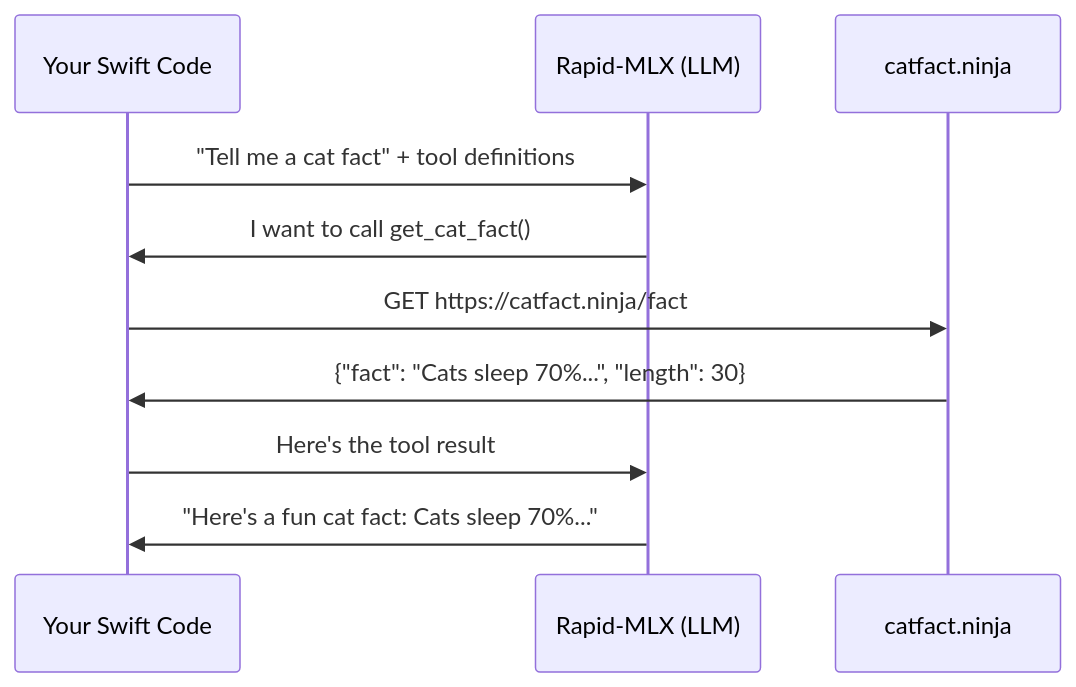
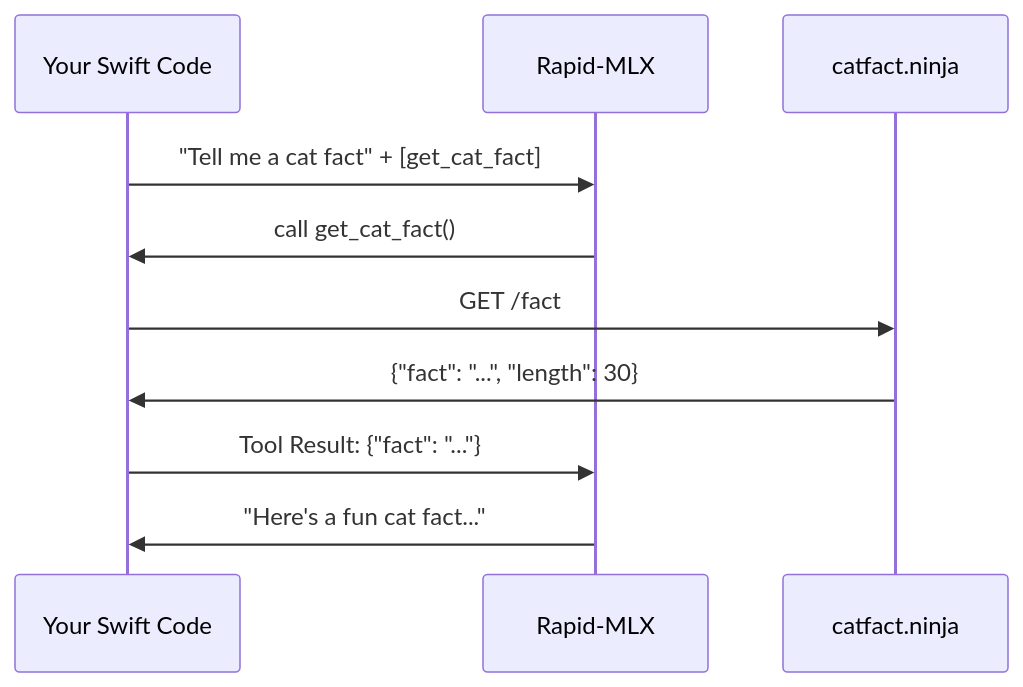
Before and after one commit to wyznel/rapid-mlx-swift: the diagram in TOOL_CALLING_TUTORIAL.md, drawn with Mermaid. The commit also changed other lines of this file and 5 other files, not shown here.

````diff
--- a/TOOL_CALLING_TUTORIAL.md
+++ b/TOOL_CALLING_TUTORIAL.md
@@ -12,13 +10,13 @@
 ```mermaid
 sequenceDiagram
-    participant You as Your Swift Code
-    participant LLM as Rapid-MLX (LLM)
+    participant App as Your Swift Code
+    participant LLM as Rapid-MLX
     participant API as catfact.ninja
 
-    You->>LLM: "Tell me a cat fact" + tool definitions
-    LLM->>You: I want to call get_cat_fact()
-    You->>API: GET https://catfact.ninja/fact
-    API->>You: {"fact": "Cats sleep 70%...", "length": 30}
-    You->>LLM: Here's the tool result
-    LLM->>You: "Here's a fun cat fact: Cats sleep 70%..."
+    App->>LLM: "Tell me a cat fact" + [get_cat_fact]
+    LLM->>App: call get_cat_fact()
+    App->>API: GET /fact
+    API->>App: {"fact": "...", "length": 30}
+    App->>LLM: Tool Result: {"fact": "..."}
+    LLM->>App: "Here's a fun cat fact..."
 ```
````
